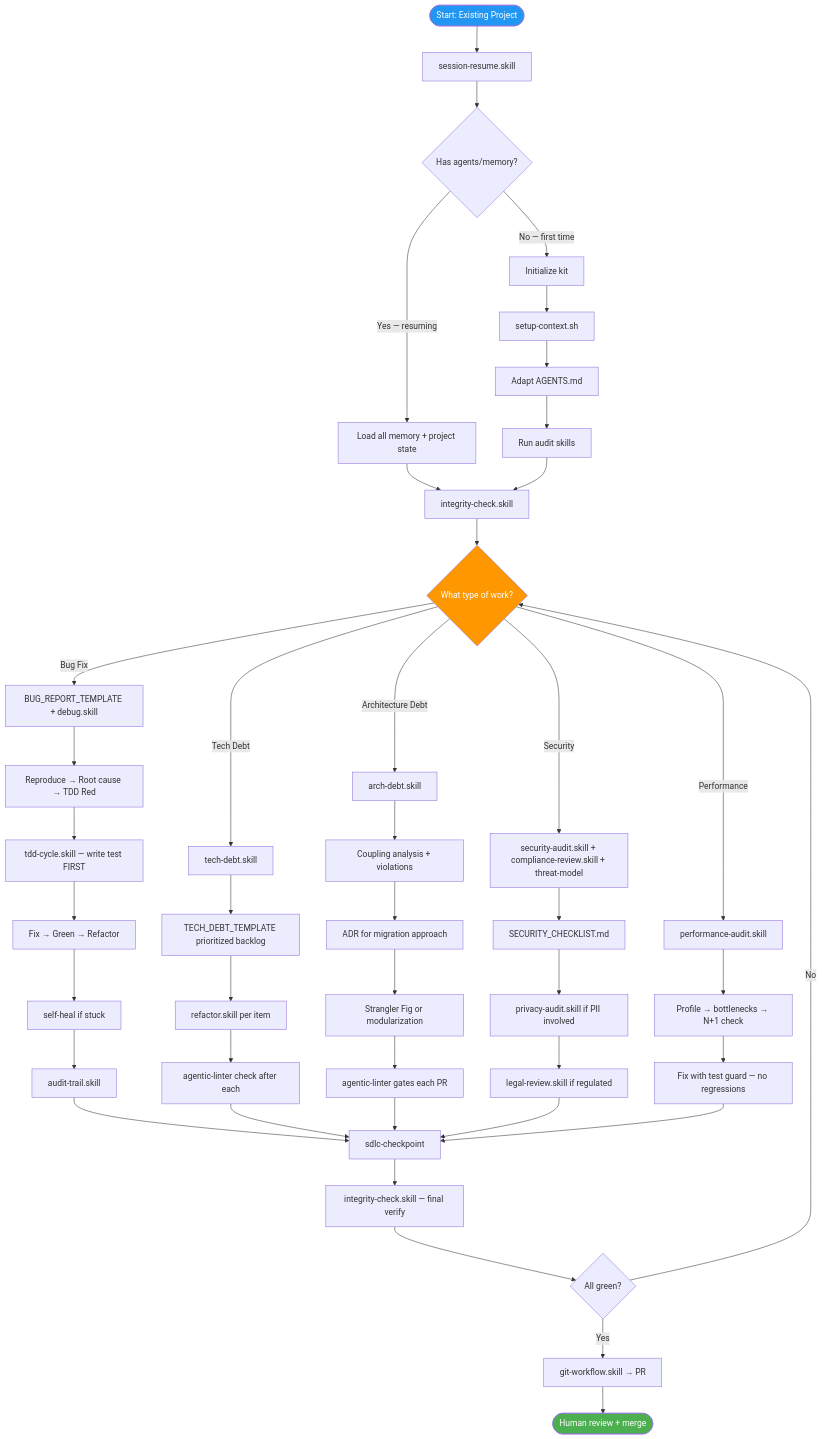
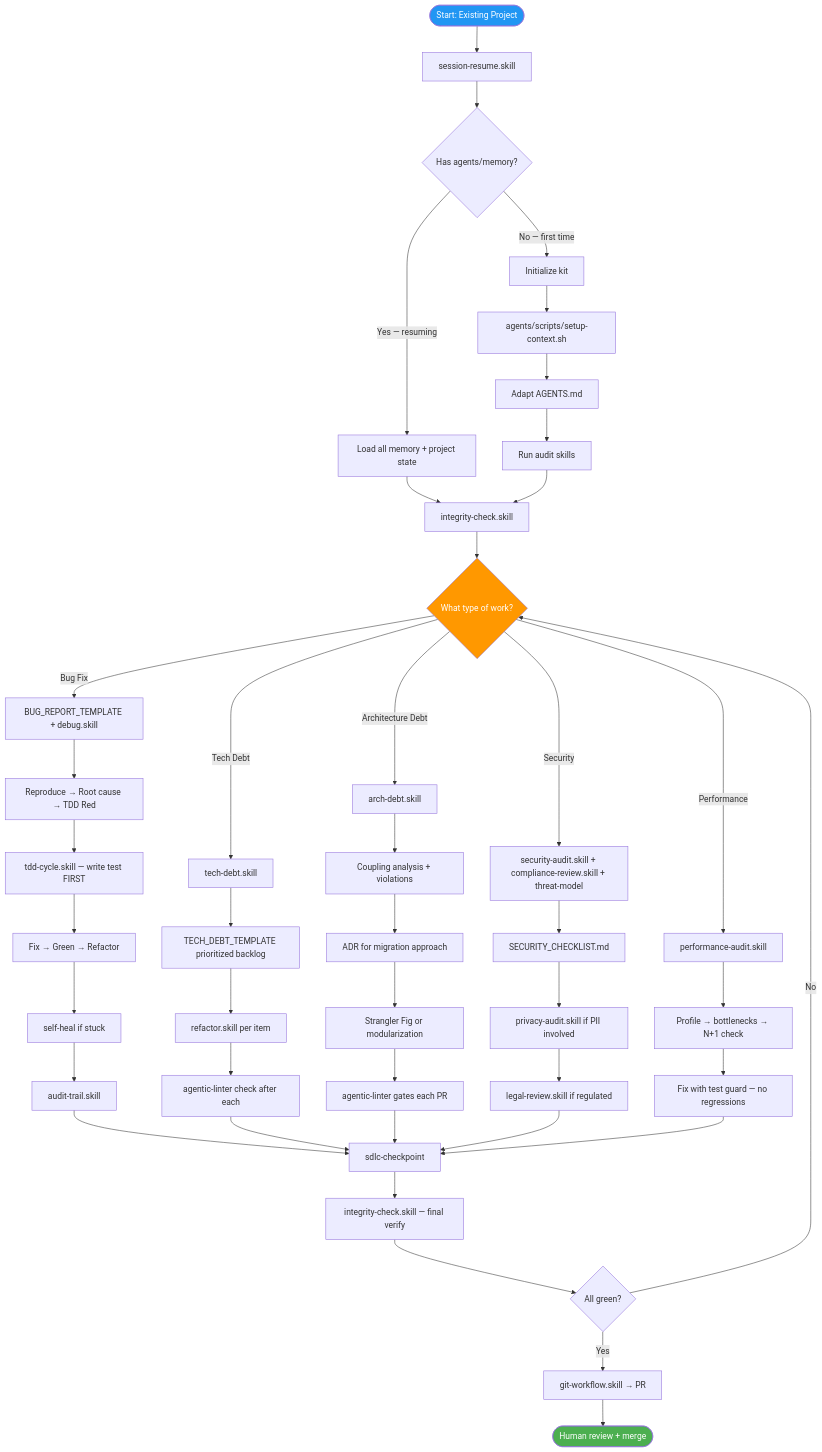
The fourth of 5 diagrams in docs/README_FULL.md (andreibesleaga/GABBE), drawn with Mermaid before and after one commit. The commit also changed other lines of this file and 17 other files, not shown here.

Commit message:
Docs: audit fixes (36 findings): stale commands, paths, flags and claims; architecture page, CI table, release steps

````diff
--- a/docs/README_FULL.md
+++ b/docs/README_FULL.md
@@ -548,59 +550,59 @@
 ```mermaid
 flowchart TD
     A([Start: Existing Project]) --> B[session-resume.skill]
     B --> B1{Has agents/memory?}
     B1 -->|Yes — resuming| C[Load all memory + project state]
     B1 -->|No — first time| D[Initialize kit]
 
-    D --> D1[setup-context.sh]
+    D --> D1[agents/scripts/setup-context.sh]
     D1 --> D2[Adapt AGENTS.md]
     D2 --> D3[Run audit skills]
 
     C --> E[integrity-check.skill]
     D3 --> E
 
     E --> F{What type of work?}
 
     F -->|Bug Fix| G[BUG_REPORT_TEMPLATE + debug.skill]
     G --> G1[Reproduce → Root cause → TDD Red]
     G1 --> G2[tdd-cycle.skill — write test FIRST]
     G2 --> G3[Fix → Green → Refactor]
     G3 --> G4[self-heal if stuck]
     G4 --> G5[audit-trail.skill]
 
     F -->|Tech Debt| H[tech-debt.skill]
     H --> H1[TECH_DEBT_TEMPLATE prioritized backlog]
     H1 --> H2[refactor.skill per item]
     H2 --> H3[agentic-linter check after each]
 
     F -->|Architecture Debt| I[arch-debt.skill]
     I --> I1[Coupling analysis + violations]
     I1 --> I2[ADR for migration approach]
     I2 --> I3[Strangler Fig or modularization]
     I3 --> I4[agentic-linter gates each PR]
 
     F -->|Security| J[security-audit.skill + compliance-review.skill + threat-model]
     J --> J1[SECURITY_CHECKLIST.md]
     J1 --> J2[privacy-audit.skill if PII involved]
     J2 --> J3[legal-review.skill if regulated]
 
     F -->|Performance| K[performance-audit.skill]
     K --> K1[Profile → bottlenecks → N+1 check]
     K1 --> K2[Fix with test guard — no regressions]
 
     G5 --> L[sdlc-checkpoint]
     H3 --> L
     I4 --> L
     J3 --> L
     K2 --> L
 
     L --> M[integrity-check.skill — final verify]
     M --> N{All green?}
     N -->|No| F
     N -->|Yes| O[git-workflow.skill → PR]
     O --> P([Human review + merge])
 
     style A fill:#2196F3,color:#fff
     style P fill:#4CAF50,color:#fff
     style F fill:#FF9800,color:#fff
 ```
````
